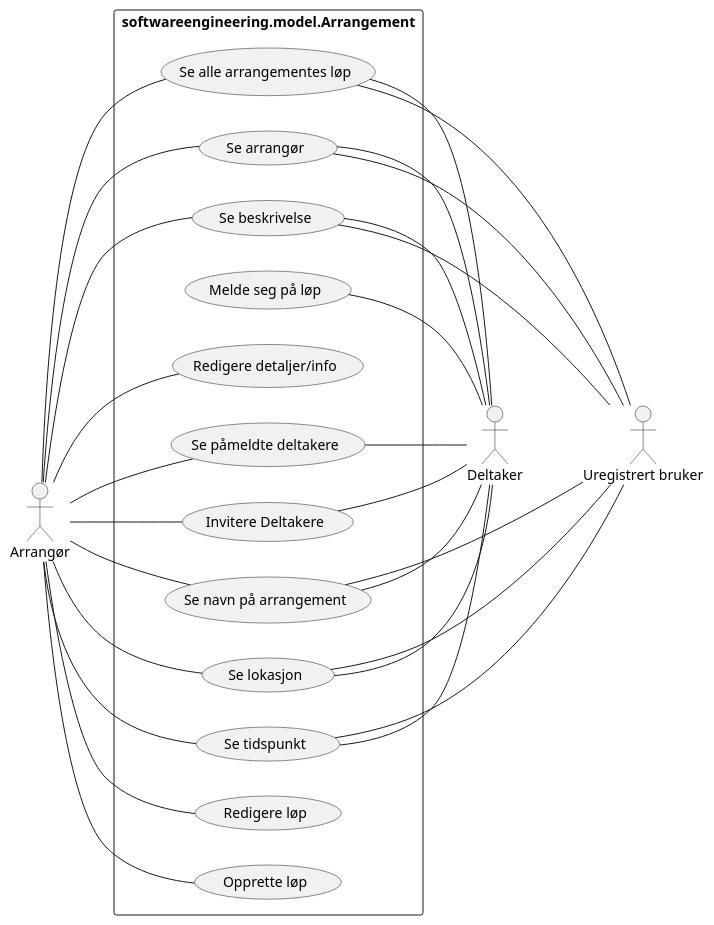
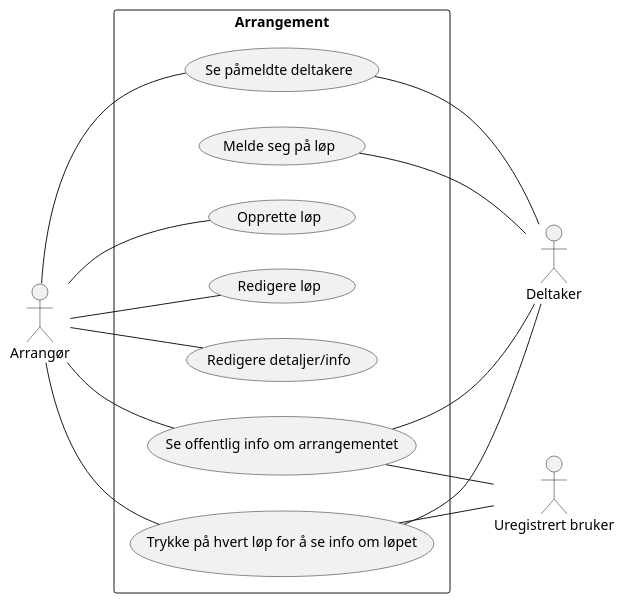
One commit to GossipDolphin/software_prosjekt_18 changed the diagram in diagrammer/use cases/arrangement.puml. Above: the diagram before and after it, drawn with PlantUML.

Commit message:
Forenklet use case. "Se offentlig info om arrangementet" er nå et case som dekker mange små cases.

```diff
--- a/diagrammer/use cases/arrangement.puml
+++ b/diagrammer/use cases/arrangement.puml
@@ -1,48 +1,30 @@
  @startuml
 left to right direction
 skinparam packageStyle rectangle
 
 :Arrangør:
 :Deltaker:
 :Uregistrert bruker: as Uregistrert
-rectangle softwareengineering.model.Arrangement {
+rectangle Arrangement {
+
+Arrangør -- (Opprette løp)
 
 Arrangør -- (Redigere løp)
-Arrangør -- (Opprette løp)
+
 Arrangør -- (Redigere detaljer/info)
-Arrangør -- (Se navn på arrangement)
-Arrangør -- (Se arrangør)
-Arrangør -- (Se beskrivelse)
-Arrangør -- (Se tidspunkt)
+
+Arrangør -- (Se offentlig info om arrangementet)
+(Se offentlig info om arrangementet) -- Deltaker
+(Se offentlig info om arrangementet) -- Uregistrert
+
+Arrangør -- (Trykke på hvert løp for å se info om løpet)
+(Trykke på hvert løp for å se info om løpet) -- Deltaker
+(Trykke på hvert løp for å se info om løpet) -- Uregistrert
+
 Arrangør -- (Se påmeldte deltakere)
-Arrangør -- (Se lokasjon)
-Arrangør -- (Invitere Deltakere)
-Arrangør -- (Se alle arrangementes løp)
+(Se påmeldte deltakere) -- Deltaker
 
-(Se navn på arrangement) -- Deltaker
-(Se navn på arrangement) --- Uregistrert
-
-(Se arrangør) -- Deltaker
-(Se arrangør) --- Uregistrert
-
-(Se beskrivelse) -- Deltaker
-(Se beskrivelse) -- Uregistrert
-
-(Se tidspunkt) -- Deltaker
-(Se tidspunkt) --- Uregistrert
-
-
-(Se lokasjon) -- Deltaker
-(Se lokasjon) --- Uregistrert
-
-
-(Se alle arrangementes løp) -- Deltaker
-(Se alle arrangementes løp) --- Uregistrert
-
-
-(Invitere Deltakere) -- Deltaker
-(Se påmeldte deltakere) -- Deltaker
 (Melde seg på løp) -- Deltaker
 
 }
  @enduml
```
